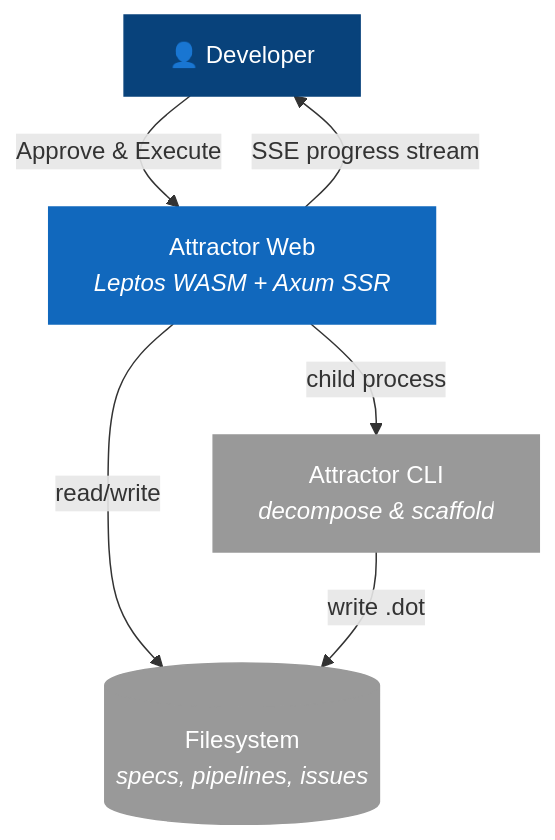
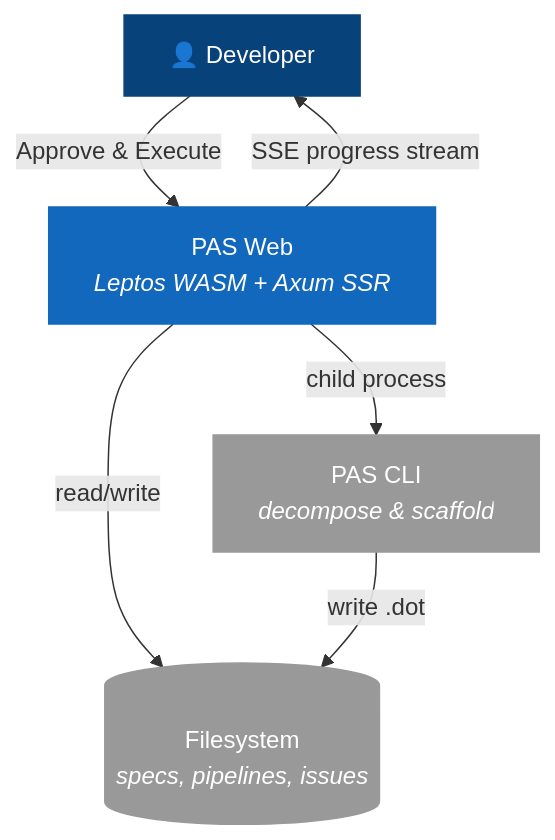
Before and after one commit to citadelgrad/connect-the-bots: the first of 4 diagrams in docs/accept-execute-c4.md, drawn with Mermaid. The commit also changed other lines of this file and 38 other files, not shown here.

````diff
--- a/docs/accept-execute-c4.md
+++ b/docs/accept-execute-c4.md
@@ -5,19 +5,19 @@
 ```mermaid
 flowchart TB
     user["👤 Developer"]
 
-    web["Attractor Web<br/><i>Leptos WASM + Axum SSR</i>"]
-    cli["Attractor CLI<br/><i>decompose & scaffold</i>"]
+    web["PAS Web<br/><i>Leptos WASM + Axum SSR</i>"]
+    cli["PAS CLI<br/><i>decompose & scaffold</i>"]
     fs[("Filesystem<br/><i>specs, pipelines, issues</i>")]
 
     user -- "Approve & Execute" --> web
     web -- "SSE progress stream" --> user
     web -- "child process" --> cli
     web -- "read/write" --> fs
     cli -- "write .dot" --> fs
 
     style user fill:#08427b,color:#fff,stroke:#08427b
     style web fill:#1168bd,color:#fff,stroke:#1168bd
     style cli fill:#999,color:#fff,stroke:#999
     style fs fill:#999,color:#fff,stroke:#999
 ```
````
